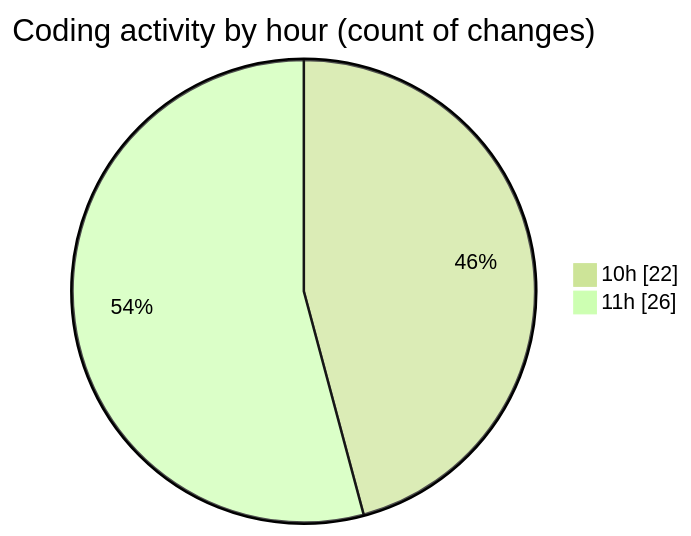
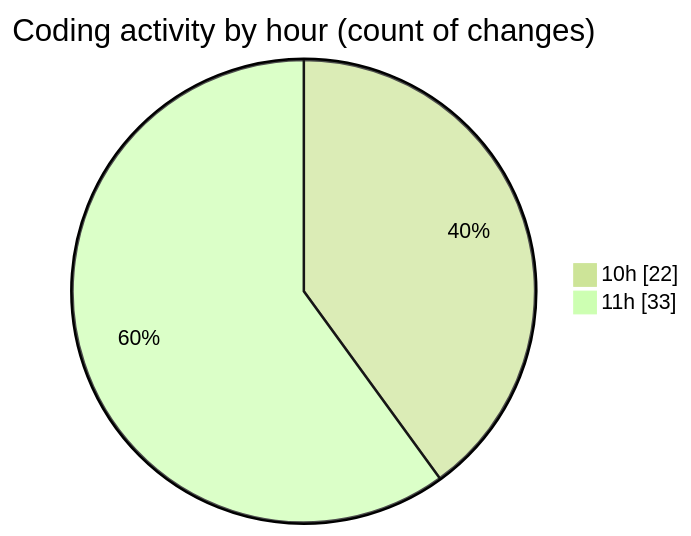
One commit to momahboobian/code-tracking changed the second of 2 diagrams in 2026-02-25/cda/README.md. Above: the diagram before and after it, drawn with Mermaid (forest theme). The commit also changed other lines of this file and 1 other file, not shown here.

````diff
--- a/2026-02-25/cda/README.md
+++ b/2026-02-25/cda/README.md
@@ -34,6 +34,6 @@
 ```mermaid
 pie showData
 title Coding activity by hour (count of changes)
 "10h" : 22
-"11h" : 26
+"11h" : 33
 ```
````
